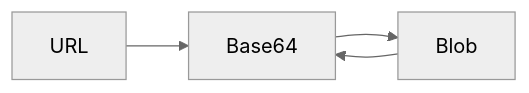
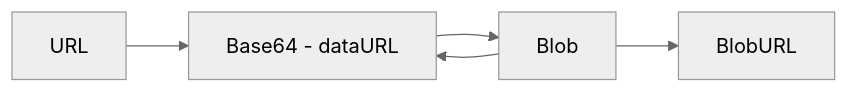
Before and after one commit to fred26s/vbook: the diagram in docs/front-end/net/图片.md, drawn with Mermaid (neutral theme). The commit also changed other lines of this file, not shown here.

````diff
--- a/docs/front-end/net/图片.md
+++ b/docs/front-end/net/图片.md
@@ -18,6 +16,7 @@
 ```mermaid
 graph LR
-A[URL] --> B[Base64]
+A[URL] --> B[Base64 - dataURL]
 B --> C[Blob]
 C --> B
+C --> D[BlobURL]
 ```
````
